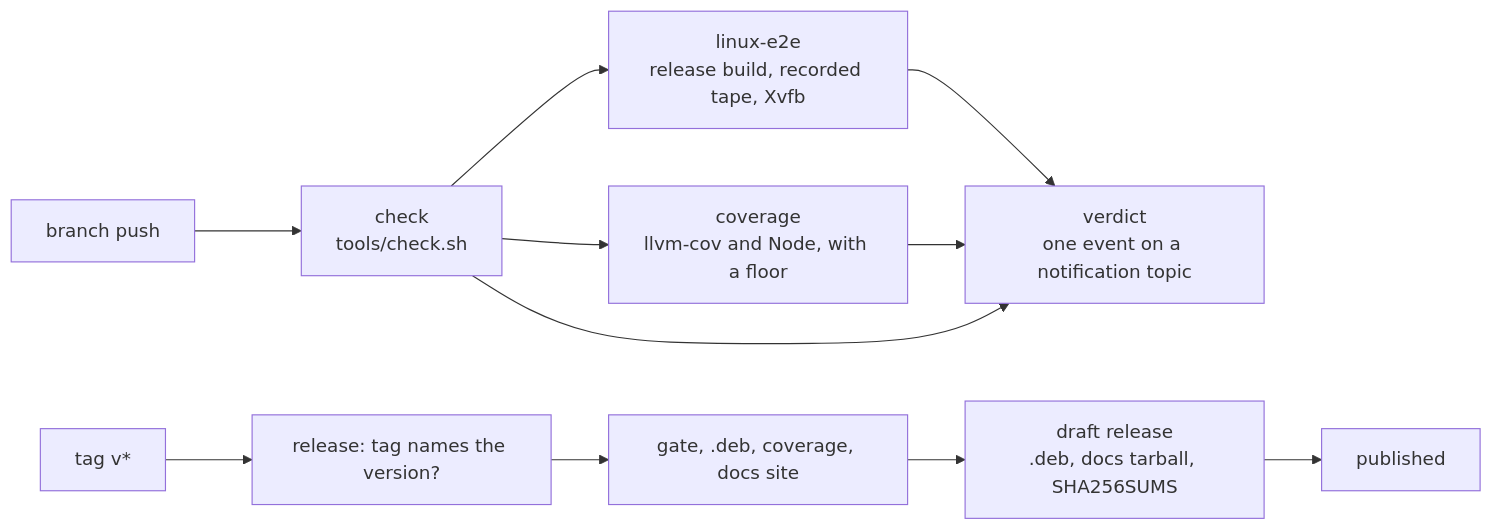
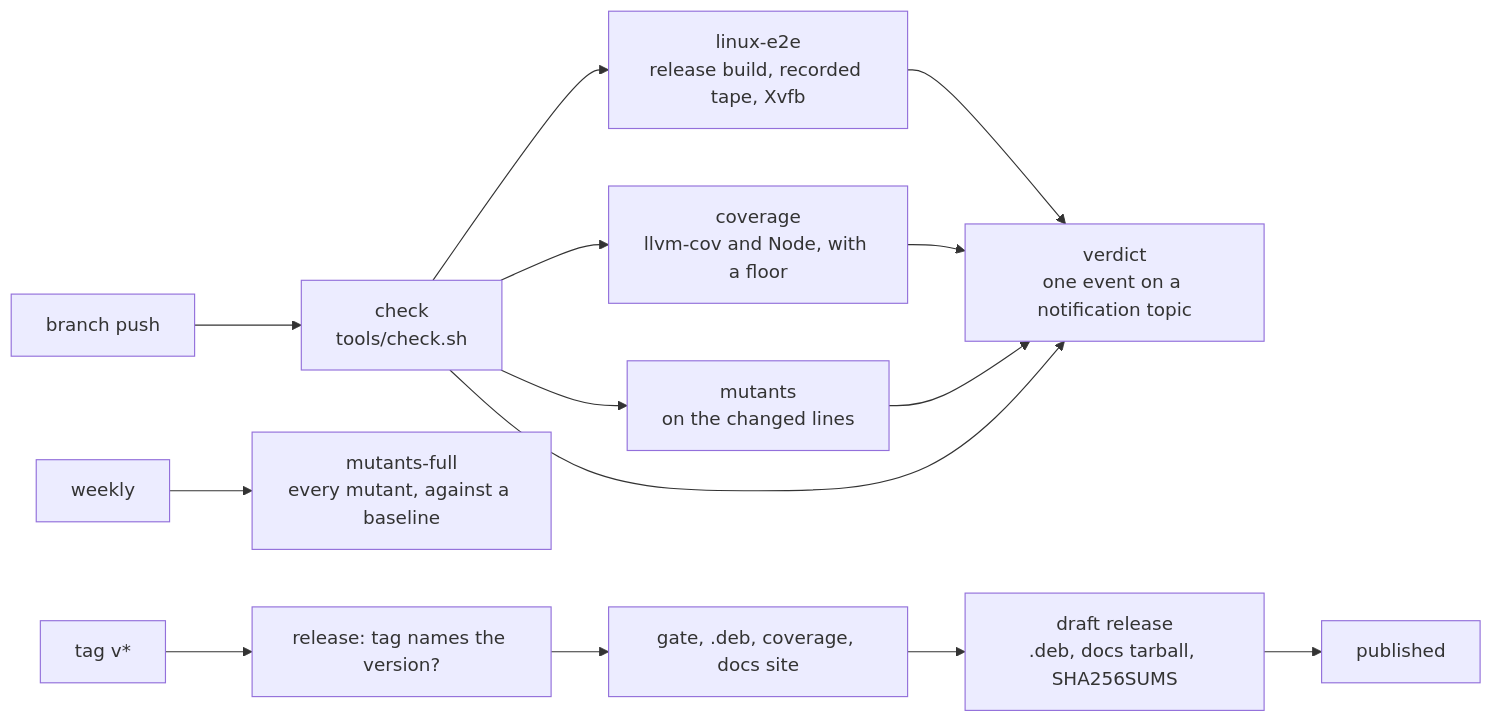
Before and after one commit to jake-king/maps-tauri: the diagram in book/src/testing.md, drawn with Mermaid. The commit also changed other lines of this file and 5 other files, not shown here.

````diff
--- a/book/src/testing.md
+++ b/book/src/testing.md
@@ -74,13 +93,16 @@
 ```mermaid
 flowchart LR
   push["branch push"] --> check["check<br/>tools/check.sh"]
   check --> e2e["linux-e2e<br/>release build, recorded tape, Xvfb"]
   check --> cov["coverage<br/>llvm-cov and Node, with a floor"]
   e2e --> verdict["verdict<br/>one event on a notification topic"]
+  check --> mut["mutants<br/>on the changed lines"]
   cov --> verdict
+  mut --> verdict
   check --> verdict
+  week["weekly"] --> mfull["mutants-full<br/>every mutant, against a baseline"]
   tag["tag v*"] --> vcheck["release: tag names the version?"]
   vcheck --> rgate["gate, .deb, coverage, docs site"]
   rgate --> draft["draft release<br/>.deb, docs tarball, SHA256SUMS"]
   draft --> pub["published"]
 ```
````
